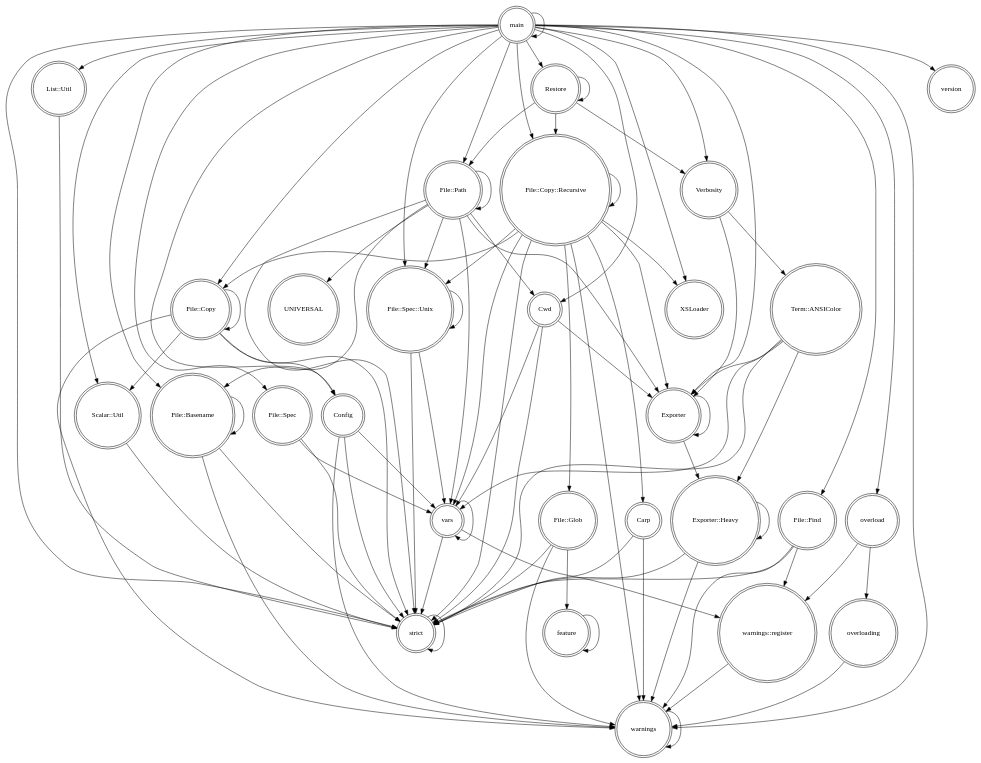
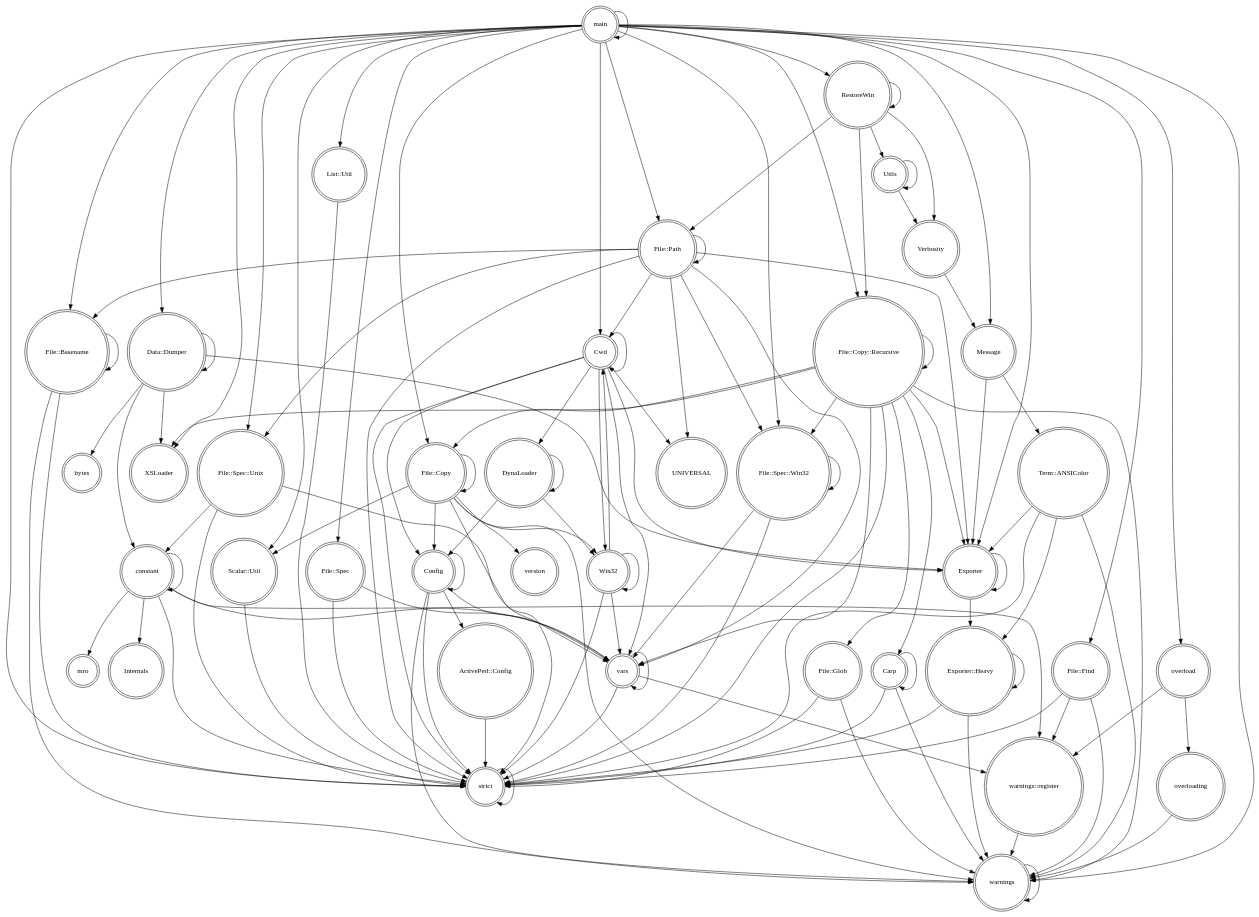
Before and after one commit to VPatrick/PerlArchiver: the diagram in Profiling Ergebnisse/Restore_R/packages-callgraph.dot, drawn with Graphviz. The commit also changed 217 other files, not shown here.

```diff
--- a/Profiling Ergebnisse/Restore_R/packages-callgraph.dot
+++ b/Profiling Ergebnisse/Restore_R/packages-callgraph.dot
@@ -1,96 +1,131 @@
 digraph {
 graph [overlap=false]
 node [shape=doublecircle];
-"main" -> "File::Spec::Unix";
-"Cwd" -> "strict";
-"warnings" -> "warnings";
-"File::Spec::Unix" -> "File::Spec::Unix";
-"File::Path" -> "UNIVERSAL";
-"Verbosity" -> "Term::ANSIColor";
+"main" -> "strict";
+"main" -> "overload";
+"main" -> "Data::Dumper";
+"main" -> "List::Util";
+"File::Basename" -> "strict";
+"constant" -> "warnings::register";
+"Win32" -> "Win32";
+"Cwd" -> "vars";
+"overload" -> "warnings::register";
+"Config" -> "strict";
+"Utils" -> "Utils";
+"main" -> "Message";
+"File::Copy::Recursive" -> "warnings";
+"Win32" -> "Cwd";
+"overloading" -> "warnings";
+"File::Find" -> "warnings::register";
+"File::Basename" -> "File::Basename";
+"Data::Dumper" -> "XSLoader";
+"File::Spec::Unix" -> "constant";
+"File::Basename" -> "warnings";
+"constant" -> "constant";
+"Exporter::Heavy" -> "strict";
+"Config" -> "vars";
+"Carp" -> "warnings";
+"Verbosity" -> "Message";
+"Message" -> "Term::ANSIColor";
+"RestoreWin" -> "Verbosity";
 "File::Path" -> "File::Spec::Unix";
-"File::Glob" -> "feature";
-"File::Copy::Recursive" -> "File::Spec::Unix";
-"File::Copy" -> "File::Copy";
-"Exporter" -> "Exporter";
-"vars" -> "warnings::register";
+"File::Path" -> "vars";
+"main" -> "Scalar::Util";
+"RestoreWin" -> "File::Path";
+"vars" -> "strict";
+"File::Copy" -> "version";
+"ActivePerl::Config" -> "strict";
+"Config" -> "ActivePerl::Config";
+"main" -> "RestoreWin";
+"Config" -> "warnings";
+"vars" -> "vars";
+"Win32" -> "vars";
+"File::Find" -> "warnings";
+"File::Copy::Recursive" -> "Carp";
+"File::Find" -> "strict";
+"DynaLoader" -> "Config";
+"File::Glob" -> "warnings";
+"List::Util" -> "strict";
 "File::Copy::Recursive" -> "File::Copy";
-"main" -> "main";
-"File::Spec::Unix" -> "vars";
-"Exporter::Heavy" -> "strict";
-"File::Spec::Unix" -> "strict";
-"File::Find" -> "warnings::register";
-"File::Path" -> "Cwd";
-"Verbosity" -> "Exporter";
-"File::Path" -> "Exporter";
+"Carp" -> "Carp";
+"RestoreWin" -> "File::Copy::Recursive";
 "File::Copy::Recursive" -> "File::Copy::Recursive";
 "Term::ANSIColor" -> "strict";
-"main" -> "overload";
+"main" -> "File::Spec";
+"File::Path" -> "File::Path";
+"main" -> "Cwd";
+"DynaLoader" -> "Win32";
+"main" -> "Exporter";
+"Exporter::Heavy" -> "warnings";
+"Data::Dumper" -> "Exporter";
+"constant" -> "Internals";
+"Scalar::Util" -> "strict";
+"File::Copy::Recursive" -> "File::Glob";
+"Data::Dumper" -> "bytes";
+"File::Copy" -> "Win32";
+"warnings::register" -> "warnings";
+"vars" -> "warnings::register";
+"constant" -> "strict";
+"Cwd" -> "Config";
+"Term::ANSIColor" -> "Exporter";
+"File::Copy::Recursive" -> "strict";
+"DynaLoader" -> "DynaLoader";
+"main" -> "File::Copy::Recursive";
+"File::Copy::Recursive" -> "File::Spec::Win32";
+"File::Spec::Win32" -> "strict";
+"File::Copy" -> "Scalar::Util";
+"File::Path" -> "Cwd";
+"Data::Dumper" -> "constant";
+"File::Spec" -> "vars";
+"main" -> "warnings";
+"overload" -> "overloading";
+"Exporter" -> "Exporter::Heavy";
+"Term::ANSIColor" -> "warnings";
+"Cwd" -> "Win32";
+"File::Path" -> "Exporter";
+"File::Copy" -> "strict";
+"File::Copy::Recursive" -> "XSLoader";
+"RestoreWin" -> "RestoreWin";
+"File::Copy::Recursive" -> "Exporter";
+"main" -> "main";
+"File::Spec::Win32" -> "File::Spec::Win32";
+"RestoreWin" -> "Utils";
+"Carp" -> "strict";
+"Cwd" -> "DynaLoader";
+"warnings" -> "warnings";
+"File::Copy" -> "File::Copy";
+"main" -> "File::Path";
+"Config" -> "Config";
+"File::Path" -> "strict";
+"File::Copy" -> "warnings";
+"Term::ANSIColor" -> "Exporter::Heavy";
+"Utils" -> "Verbosity";
+"main" -> "File::Basename";
+"File::Spec" -> "strict";
+"constant" -> "mro";
+"File::Spec::Unix" -> "vars";
+"Cwd" -> "strict";
+"File::Copy" -> "Config";
+"Cwd" -> "Cwd";
+"Cwd" -> "UNIVERSAL";
+"Exporter" -> "Exporter";
+"File::Copy::Recursive" -> "vars";
+"main" -> "XSLoader";
+"File::Path" -> "UNIVERSAL";
+"File::Path" -> "File::Basename";
+"Message" -> "Exporter";
+"strict" -> "strict";
+"Cwd" -> "Exporter";
+"Exporter::Heavy" -> "Exporter::Heavy";
+"File::Glob" -> "strict";
+"File::Spec::Win32" -> "vars";
 "main" -> "File::Find";
-"main" -> "File::Basename";
-"File::Copy::Recursive" -> "vars";
-"File::Copy::Recursive" -> "strict";
-"main" -> "File::Path";
-"File::Glob" -> "warnings";
-"File::Copy::Recursive" -> "XSLoader";
-"overload" -> "warnings::register";
-"File::Copy" -> "strict";
-"warnings::register" -> "warnings";
-"File::Copy" -> "Config";
-"Config" -> "vars";
-"Exporter::Heavy" -> "warnings";
-"File::Find" -> "warnings";
-"Term::ANSIColor" -> "Exporter::Heavy";
-"Term::ANSIColor" -> "vars";
-"main" -> "Restore";
-"List::Util" -> "strict";
-"File::Basename" -> "File::Basename";
-"File::Glob" -> "strict";
-"main" -> "List::Util";
-"File::Path" -> "strict";
-"main" -> "Config";
-"Carp" -> "strict";
-"main" -> "Scalar::Util";
-"File::Copy::Recursive" -> "Exporter";
-"Scalar::Util" -> "strict";
-"Cwd" -> "Exporter";
-"main" -> "File::Copy::Recursive";
-"Cwd" -> "vars";
-"File::Basename" -> "warnings";
-"main" -> "warnings";
-"File::Copy::Recursive" -> "warnings";
-"File::Spec" -> "vars";
-"File::Copy" -> "warnings";
-"File::Path" -> "vars";
-"Config" -> "strict";
-"File::Copy::Recursive" -> "Carp";
-"main" -> "Cwd";
-"main" -> "File::Spec";
+"main" -> "File::Spec::Win32";
+"constant" -> "vars";
+"File::Spec::Unix" -> "strict";
+"Win32" -> "strict";
 "main" -> "File::Copy";
-"feature" -> "feature";
-"Restore" -> "File::Path";
-"Restore" -> "Restore";
-"File::Path" -> "File::Basename";
-"Restore" -> "File::Copy::Recursive";
-"main" -> "XSLoader";
-"Config" -> "warnings";
-"Term::ANSIColor" -> "Exporter";
-"File::Copy" -> "Scalar::Util";
-"File::Copy::Recursive" -> "File::Glob";
-"main" -> "version";
-"File::Basename" -> "strict";
-"main" -> "Verbosity";
-"main" -> "strict";
-"vars" -> "strict";
-"overload" -> "overloading";
-"File::Spec" -> "strict";
-"Carp" -> "warnings";
-"strict" -> "strict";
-"Exporter::Heavy" -> "Exporter::Heavy";
-"vars" -> "vars";
-"Exporter" -> "Exporter::Heavy";
-"File::Path" -> "File::Path";
-"overloading" -> "warnings";
-"Restore" -> "Verbosity";
-"main" -> "Exporter";
-"File::Find" -> "strict";
+"Data::Dumper" -> "Data::Dumper";
+"main" -> "File::Spec::Unix";
+"File::Path" -> "File::Spec::Win32";
 }
```
